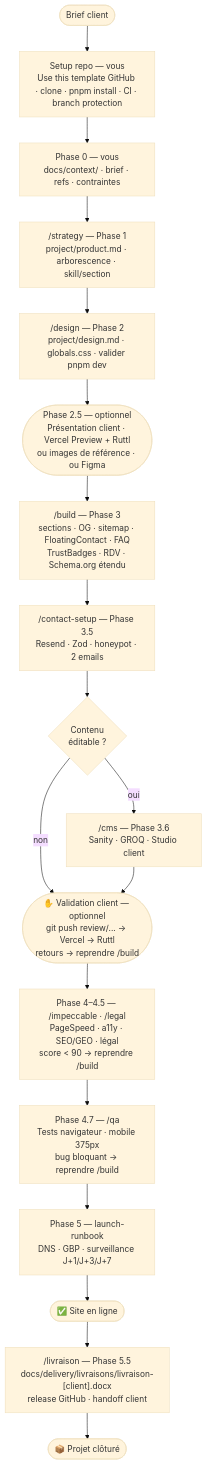
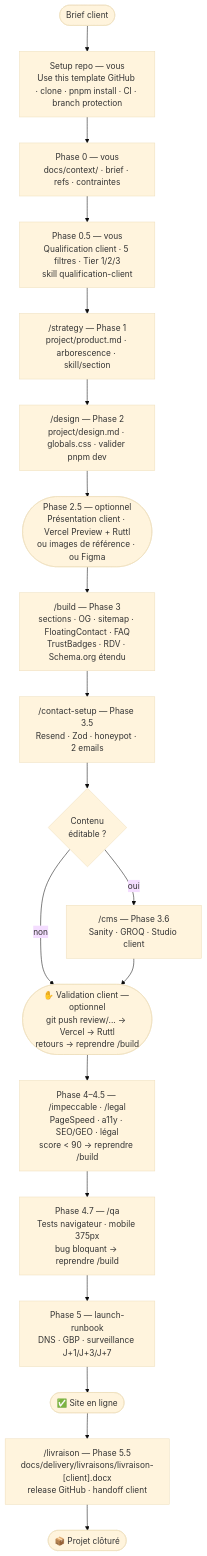
One commit to MobemSolutions/mobem-starter-kit changed the diagram in docs/workflow.md. Above: the diagram before and after it, drawn with Mermaid (base theme).

Commit message:
MAJ schema mermaid

````diff
--- a/docs/workflow.md
+++ b/docs/workflow.md
@@ -9,46 +9,49 @@
 ```mermaid
 flowchart TD
     A([Brief client]) --> SETUP
 
     SETUP["Setup repo — vous<br/>Use this template GitHub · clone · pnpm install · CI · branch protection"]
     SETUP --> B
 
     B["Phase 0 — vous<br/>docs/context/ · brief · refs · contraintes"]
-    B --> C
+    B --> C0
+
+    C0["Phase 0.5 — vous<br/>Qualification client · 5 filtres · Tier 1/2/3<br/>skill qualification-client"]
+    C0 --> C
 
     C["/strategy — Phase 1<br/>project/product.md · arborescence · skill/section"]
     C --> D
 
     D["/design — Phase 2<br/>project/design.md · globals.css · valider pnpm dev"]
     D --> VALIDA
 
     VALIDA(["Phase 2.5 — optionnel<br/>Présentation client · Vercel Preview + Ruttl<br/>ou images de référence · ou Figma"])
     VALIDA --> E
 
     E["/build — Phase 3<br/>sections · OG · sitemap · FloatingContact · FAQ<br/>TrustBadges · RDV · Schema.org étendu"]
     E --> F
 
     F["/contact-setup — Phase 3.5<br/>Resend · Zod · honeypot · 2 emails"]
     F --> CMSQ
 
     CMSQ{"Contenu<br/>éditable ?"}
     CMSQ -->|non| G
     CMSQ -->|oui| CMS
 
     CMS["/cms — Phase 3.6<br/>Sanity · GROQ · Studio client"]
     CMS --> G
 
     G(["✋ Validation client — optionnel<br/>git push review/... → Vercel → Ruttl<br/>retours → reprendre /build"])
     G --> H
 
     H["Phase 4–4.5 — /impeccable · /legal<br/>PageSpeed · a11y · SEO/GEO · légal<br/>score < 90 → reprendre /build"]
     H --> QA
 
     QA["Phase 4.7 — /qa<br/>Tests navigateur · mobile 375px<br/>bug bloquant → reprendre /build"]
     QA --> I
 
     I["Phase 5 — launch-runbook<br/>DNS · GBP · surveillance J+1/J+3/J+7"]
     I --> J([✅ Site en ligne])
     J --> K["/livraison — Phase 5.5<br/>docs/delivery/livraisons/livraison-[client].docx<br/>release GitHub · handoff client"]
     K --> L([📦 Projet clôturé])
 ```
````
